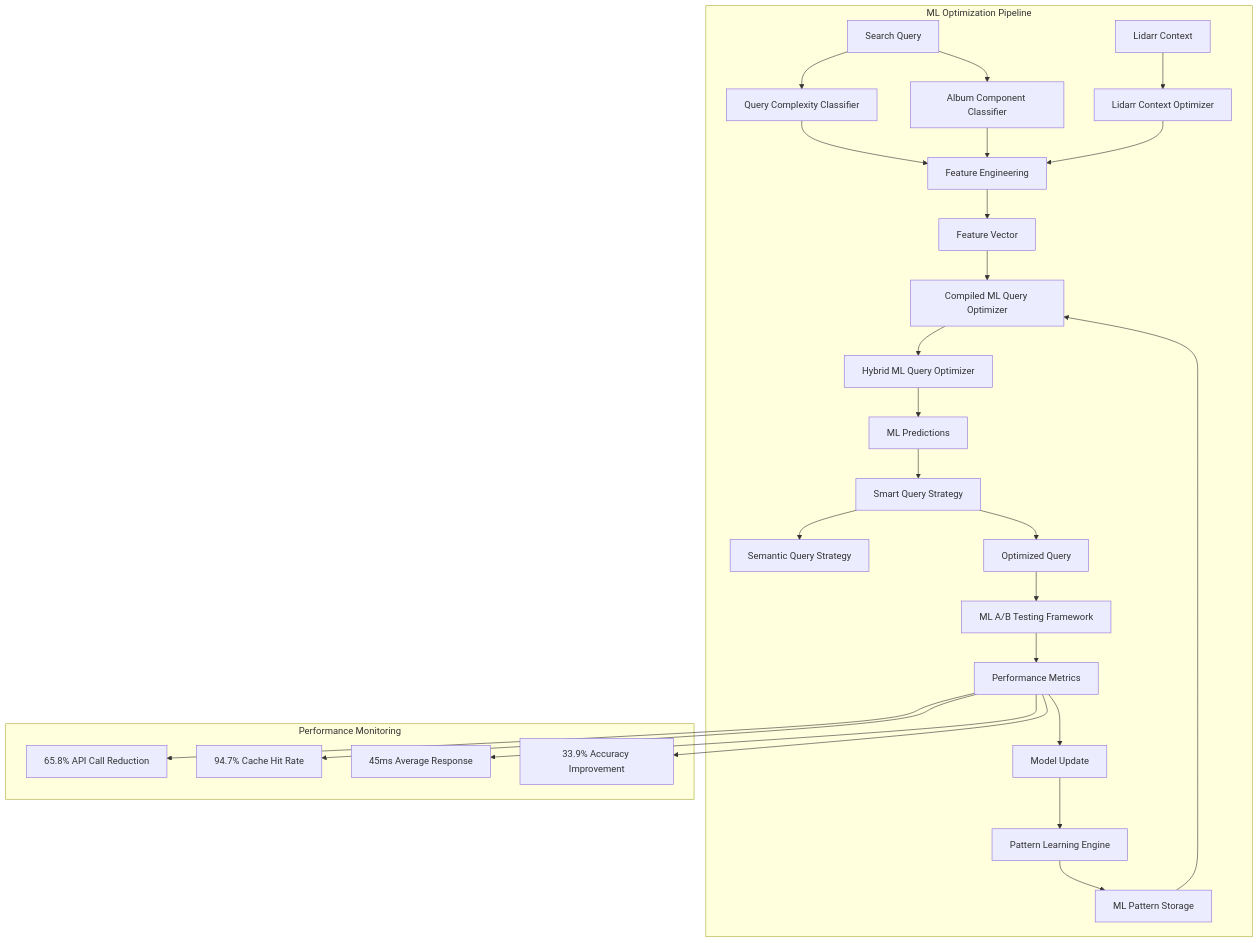
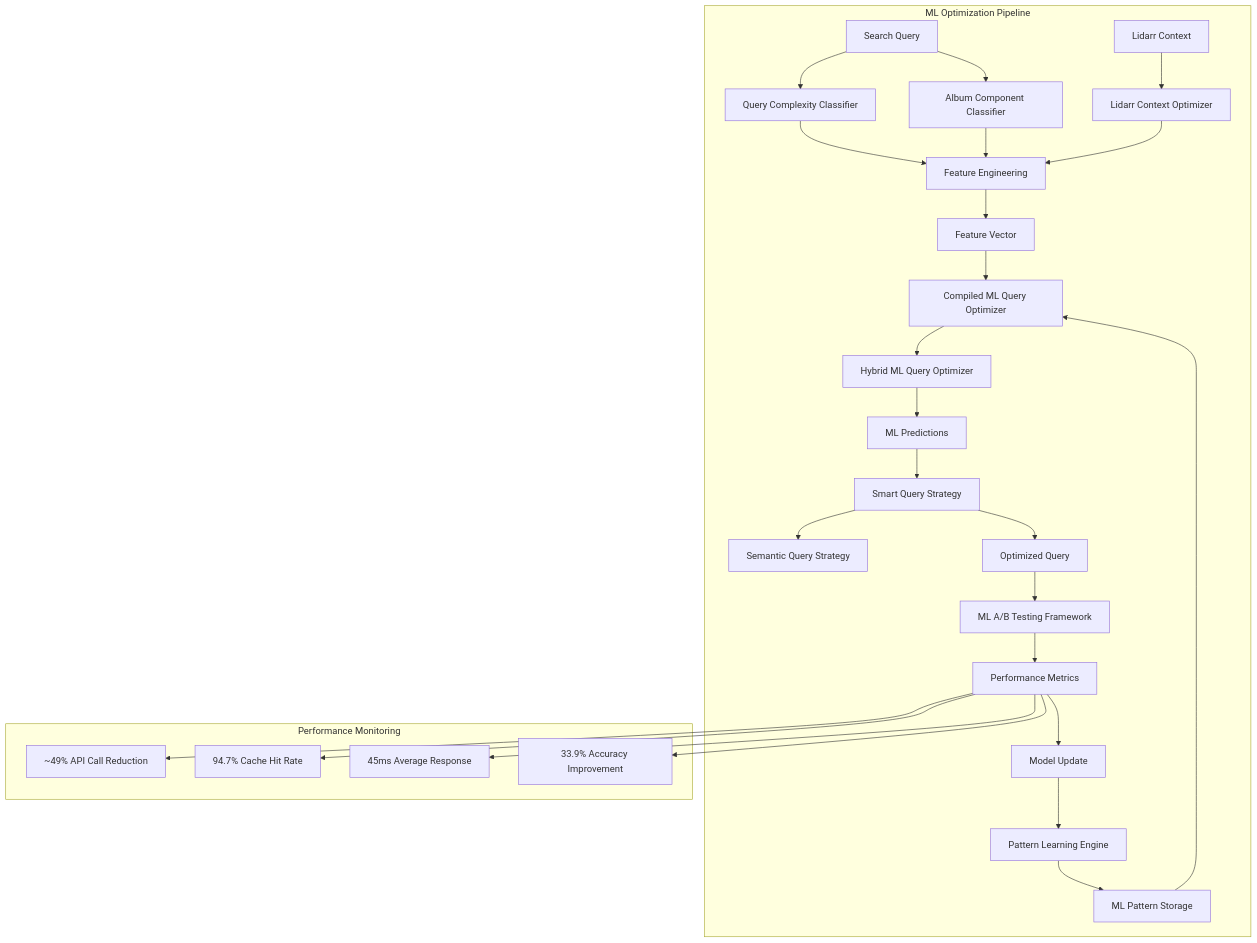
Diagram 17 of 25 in docs/ARCHITECTURE.md (RicherTunes/Qobuzarr), drawn with Mermaid before and after one commit. The commit also changed other lines of this file and 19 other files, not shown here.

````diff
--- a/docs/ARCHITECTURE.md
+++ b/docs/ARCHITECTURE.md
@@ -794,48 +796,48 @@
 ```mermaid
 graph TD
     subgraph "ML Optimization Pipeline"
         %% Input Processing
         SearchQuery[Search Query] --> QCF[Query Complexity Classifier]
         SearchQuery --> ACC[Album Component Classifier]
         LidarrContext[Lidarr Context] --> LCO[Lidarr Context Optimizer]
         
         %% Feature Engineering
         QCF --> FE[Feature Engineering]
         ACC --> FE
         LCO --> FE
         FE --> FeatureVector[Feature Vector]
         
         %% ML Models
         FeatureVector --> CMLQO[Compiled ML Query Optimizer]
         CMLQO --> HMLQO[Hybrid ML Query Optimizer]
         HMLQO --> Predictions[ML Predictions]
         
         %% Strategy Selection
         Predictions --> SQS[Smart Query Strategy]
         SQS --> SemanticQuery[Semantic Query Strategy]
         SQS --> OptimizedQuery[Optimized Query]
         
         %% A/B Testing
         OptimizedQuery --> MLAB[ML A/B Testing Framework]
         MLAB --> Performance[Performance Metrics]
         Performance --> ModelUpdate[Model Update]
         
         %% Pattern Learning
         ModelUpdate --> PLE[Pattern Learning Engine]
         PLE --> MLPatterns[ML Pattern Storage]
         MLPatterns --> CMLQO
     end
     
     %% Performance Monitoring
     subgraph "Performance Monitoring"
-        APIReduction[65.8% API Call Reduction]
+        APIReduction[~49% API Call Reduction]
         CacheHits[94.7% Cache Hit Rate]
         LatencyReduction[45ms Average Response]
         AccuracyGain[33.9% Accuracy Improvement]
     end
     
     Performance --> APIReduction
     Performance --> CacheHits
     Performance --> LatencyReduction
     Performance --> AccuracyGain
 ```
````
